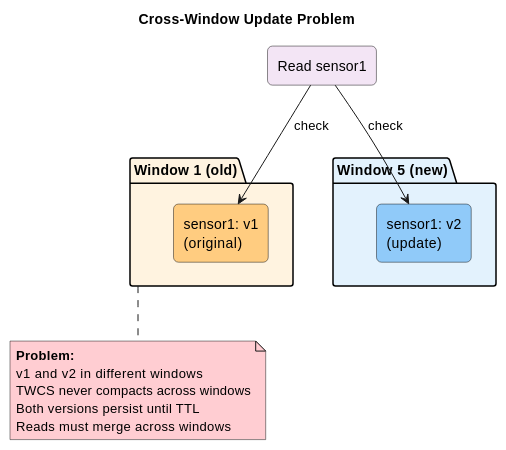
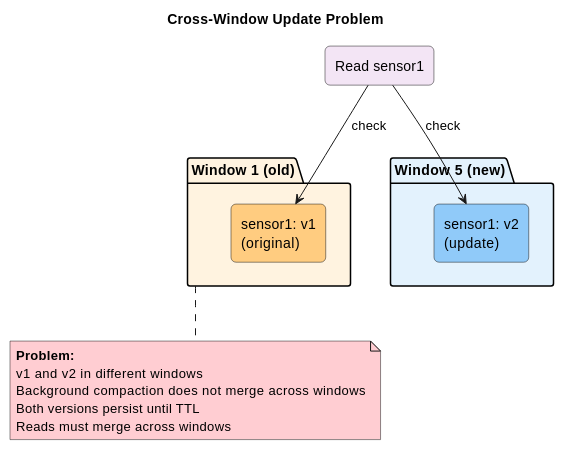
One commit to axonops/documentation changed the sixth of 8 diagrams in docs/data-platforms/cassandra/architecture/storage-engine/compaction/twcs.md. Above: the diagram before and after it, drawn with PlantUML. The commit also changed other lines of this file and 3 other files, not shown here.

First line of the commit message:
Source-validate compaction strategy docs (UCS, TWCS, LCS, STCS)

````diff
--- a/docs/data-platforms/cassandra/architecture/storage-engine/compaction/twcs.md
+++ b/docs/data-platforms/cassandra/architecture/storage-engine/compaction/twcs.md
@@ -608,35 +610,35 @@
 ```plantuml
 @startuml
-skinparam backgroundColor transparent
+skinparam backgroundColor white
 skinparam defaultFontName Helvetica
 
 title Cross-Window Update Problem
 
 skinparam rectangle {
     roundCorner 10
 }
 
 rectangle "Read sensor1" as read #F3E5F5
 
 package "Window 1 (old)" as w1 #FFF3E0 {
     rectangle "sensor1: v1\n(original)" as v1 #FFCC80
 }
 
 package "Window 5 (new)" as w5 #E3F2FD {
     rectangle "sensor1: v2\n(update)" as v2 #90CAF9
 }
 
 w1 -[hidden]right- w5
 read -down-> v1 : check
 read -down-> v2 : check
 
 note bottom of w1 #FFCDD2
     **Problem:**
     v1 and v2 in different windows
-    TWCS never compacts across windows
+    Background compaction does not merge across windows
     Both versions persist until TTL
     Reads must merge across windows
 end note
 
 @enduml
 ```
````
